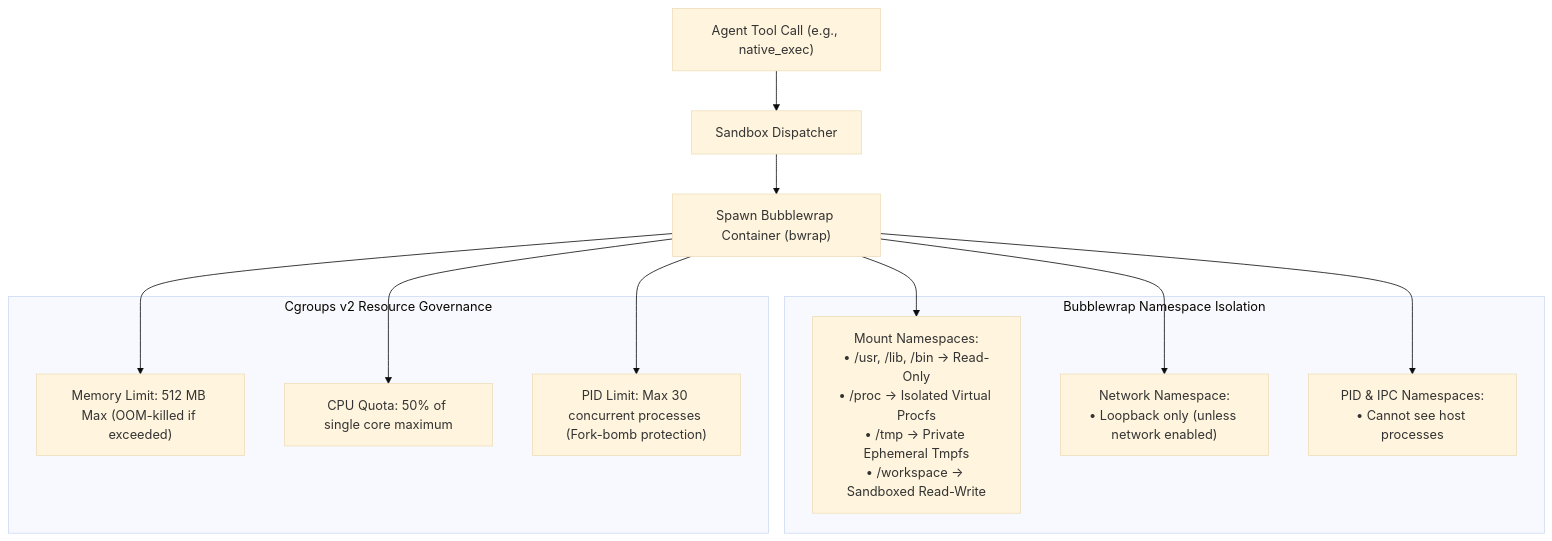
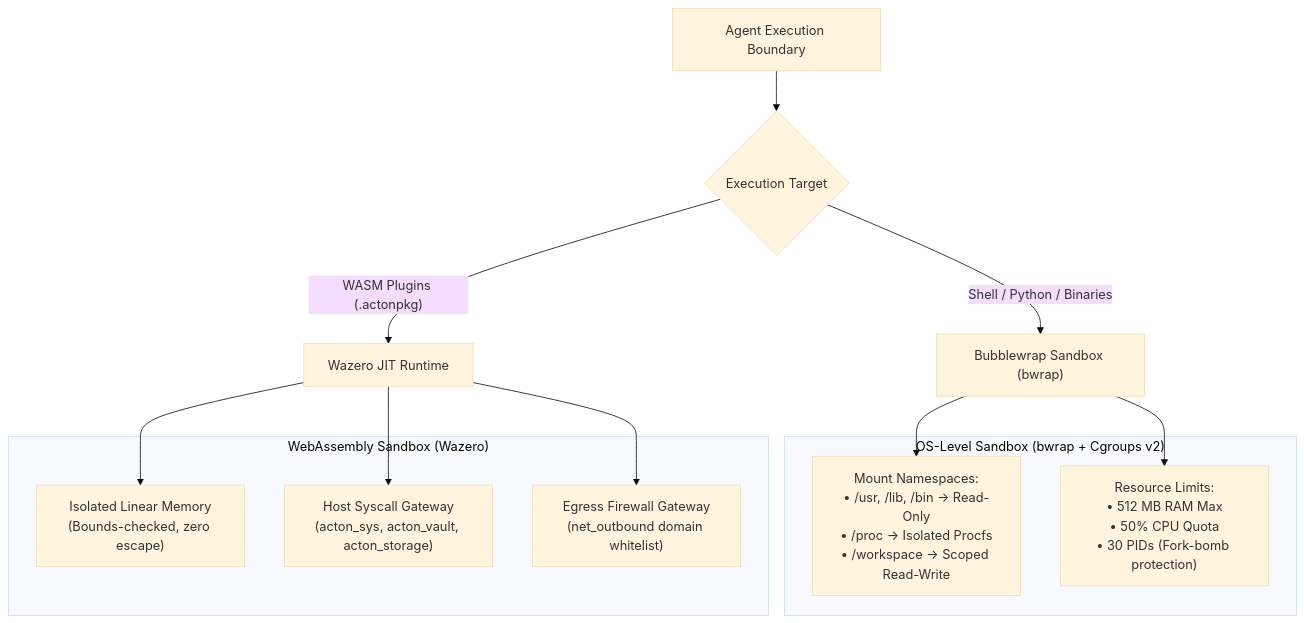
Before and after one commit to actonos/docs: the diagram in versioned_docs/version-0.1/advanced-architecture/sandbox-isolation.mdx, drawn with Mermaid (base theme). The commit also changed other lines of this file and 57 other files, not shown here.

````diff
--- a/versioned_docs/version-0.1/advanced-architecture/sandbox-isolation.mdx
+++ b/versioned_docs/version-0.1/advanced-architecture/sandbox-isolation.mdx
@@ -12,25 +12,24 @@
 ```mermaid
 graph TD
-    A["Agent Tool Call (e.g., native_exec)"] --> B["Sandbox Dispatcher"]
-    B --> C["Spawn Bubblewrap Container (bwrap)"]
+    A["Agent Execution Boundary"] --> B{"Execution Target"}
     
-    subgraph "Bubblewrap Namespace Isolation"
-        D["Mount Namespaces:<br/>• /usr, /lib, /bin -> Read-Only<br/>• /proc -> Isolated Virtual Procfs<br/>• /tmp -> Private Ephemeral Tmpfs<br/>• /workspace -> Sandboxed Read-Write"]
-        E["Network Namespace:<br/>• Loopback only (unless network enabled)"]
-        F["PID & IPC Namespaces:<br/>• Cannot see host processes"]
+    B -- "Shell / Python / Binaries" --> C["Bubblewrap Sandbox (bwrap)"]
+    B -- "WASM Plugins (.actonpkg)" --> W["Wazero JIT Runtime"]
+    
+    subgraph "OS-Level Sandbox (bwrap + Cgroups v2)"
+        D["Mount Namespaces:<br/>• /usr, /lib, /bin -> Read-Only<br/>• /proc -> Isolated Procfs<br/>• /workspace -> Scoped Read-Write"]
+        G["Resource Limits:<br/>• 512 MB RAM Max<br/>• 50% CPU Quota<br/>• 30 PIDs (Fork-bomb protection)"]
+    end
+    
+    subgraph "WebAssembly Sandbox (Wazero)"
+        W1["Isolated Linear Memory<br/>(Bounds-checked, zero escape)"]
+        W2["Host Syscall Gateway<br/>(acton_sys, acton_vault, acton_storage)"]
+        W3["Egress Firewall Gateway<br/>(net_outbound domain whitelist)"]
     end
     
     C --> D
-    C --> E
-    C --> F
-    
-    subgraph "Cgroups v2 Resource Governance"
-        G["Memory Limit: 512 MB Max (OOM-killed if exceeded)"]
-        H["CPU Quota: 50% of single core maximum"]
-        I["PID Limit: Max 30 concurrent processes (Fork-bomb protection)"]
-    end
-    
     C --> G
-    C --> H
-    C --> I
+    W --> W1
+    W --> W2
+    W --> W3
 ```
````
